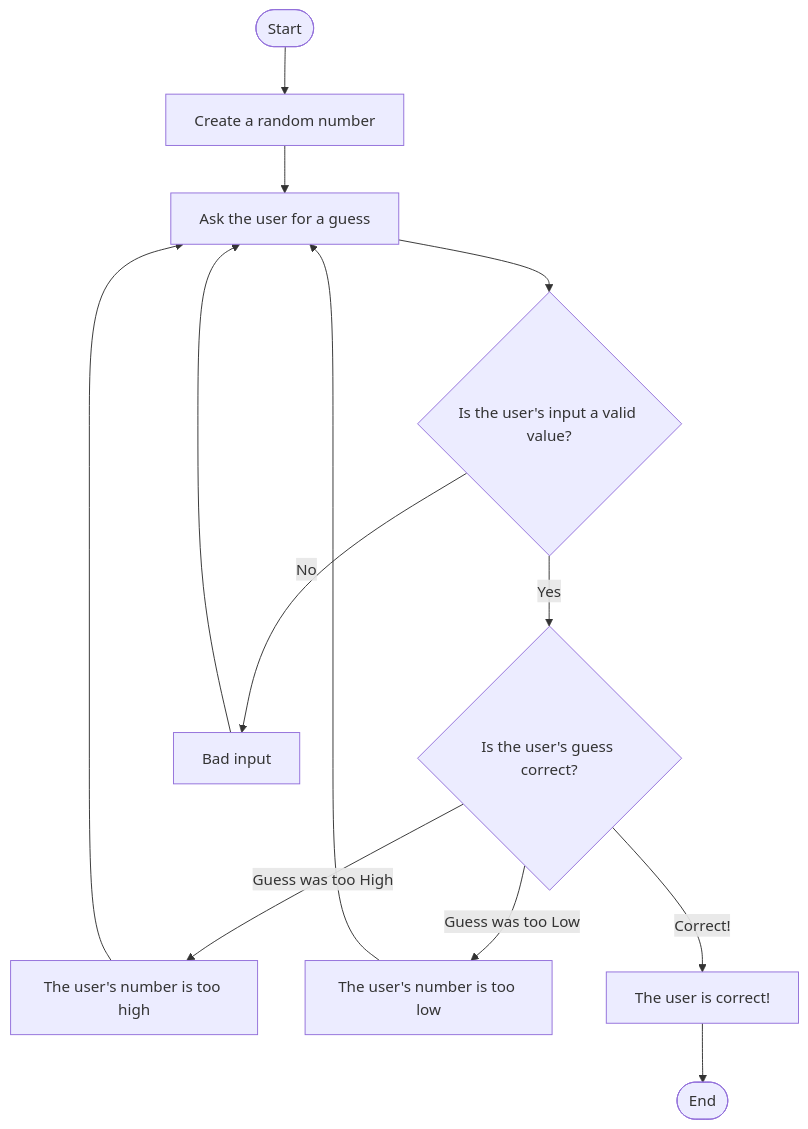
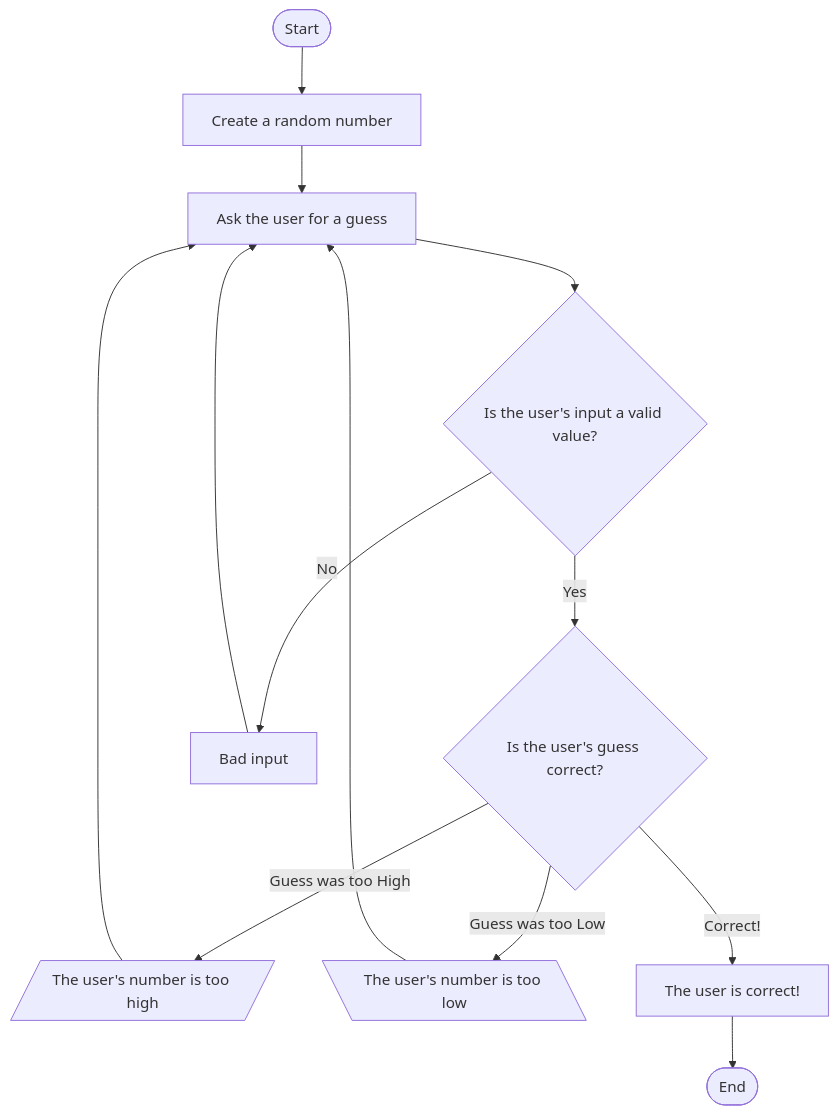
Before and after one commit to rmjohnson12/rmjohnson12.github.io: the diagram in guessing.md, drawn with Mermaid.

````diff
--- a/guessing.md
+++ b/guessing.md
@@ -1,15 +1,15 @@
 ```mermaid
 flowchart TD
     Start([Start]) --> A[Create a random number]
     A --> B[Ask the user for a guess]
     B --> C{Is the user's input a valid value?}
     C -- "Yes" --> D{Is the user's guess correct?}
     C -- "No" --> E[Bad input]
     E --> B
-    D -- "Guess was too High" --> F[The user's number is too high]
+    D -- "Guess was too High" --> F[/The user's number is too high/]
     F --> B
-    D -- "Guess was too Low" --> G[The user's number is too low]
+    D -- "Guess was too Low" --> G[\The user's number is too low\]
     G --> B
     D -- "Correct!" --> H[The user is correct!]
     H --> End([End])
 ```
````
